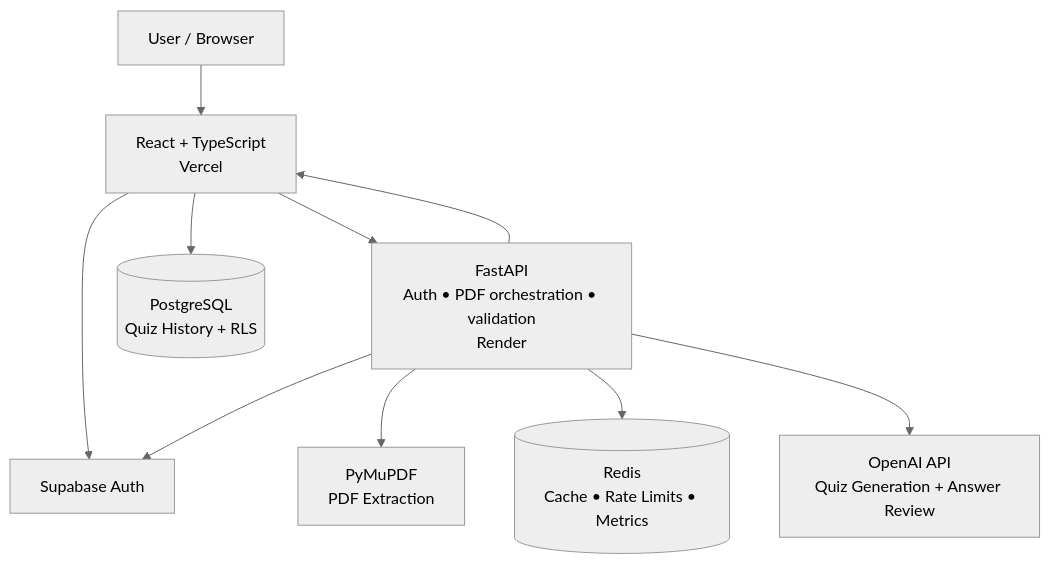
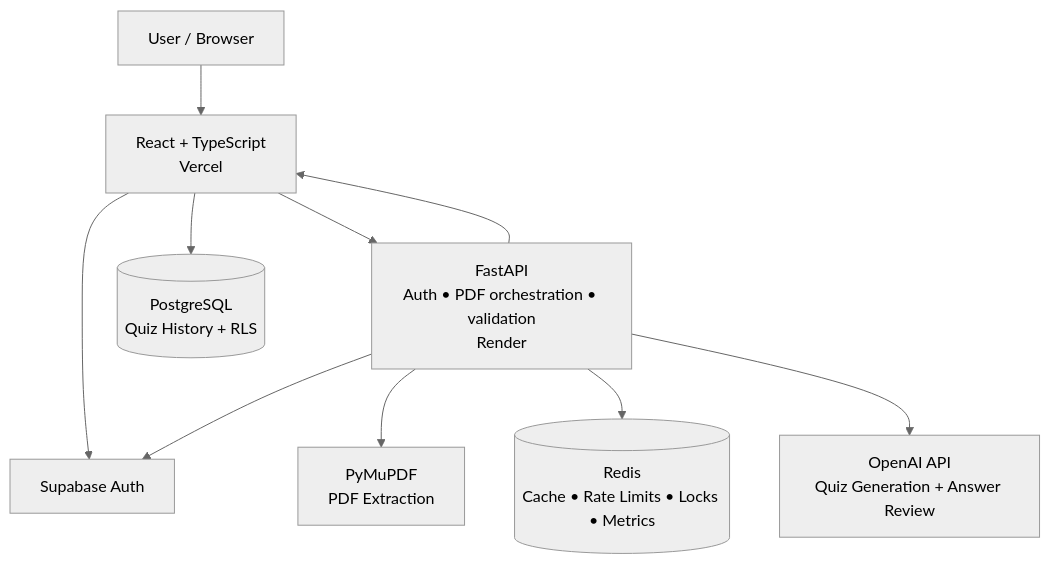
The diagram in README.md (HamedGithubforwork/QuizForge-AI), drawn with Mermaid (neutral theme) before and after one commit. The commit also changed other lines of this file, not shown here.

Commit message:
Sync README with current architecture and workflows

````diff
--- a/README.md
+++ b/README.md
@@ -124,23 +131,23 @@
 ```mermaid
 flowchart TD
     USER[User / Browser]
     FE[React + TypeScript<br/>Vercel]
     API[FastAPI<br/>Auth • PDF orchestration • validation<br/>Render]
 
     AUTH[Supabase Auth]
     DB[(PostgreSQL<br/>Quiz History + RLS)]
     PDF[PyMuPDF<br/>PDF Extraction]
-    REDIS[(Redis<br/>Cache • Rate Limits • Metrics)]
+    REDIS[(Redis<br/>Cache • Rate Limits • Locks • Metrics)]
     AI[OpenAI API<br/>Quiz Generation + Answer Review]
 
     USER --> FE
     FE --> AUTH
     FE --> DB
     FE --> API
 
     API --> AUTH
     API --> PDF
     API --> REDIS
     API --> AI
     API --> FE
 ```
````
